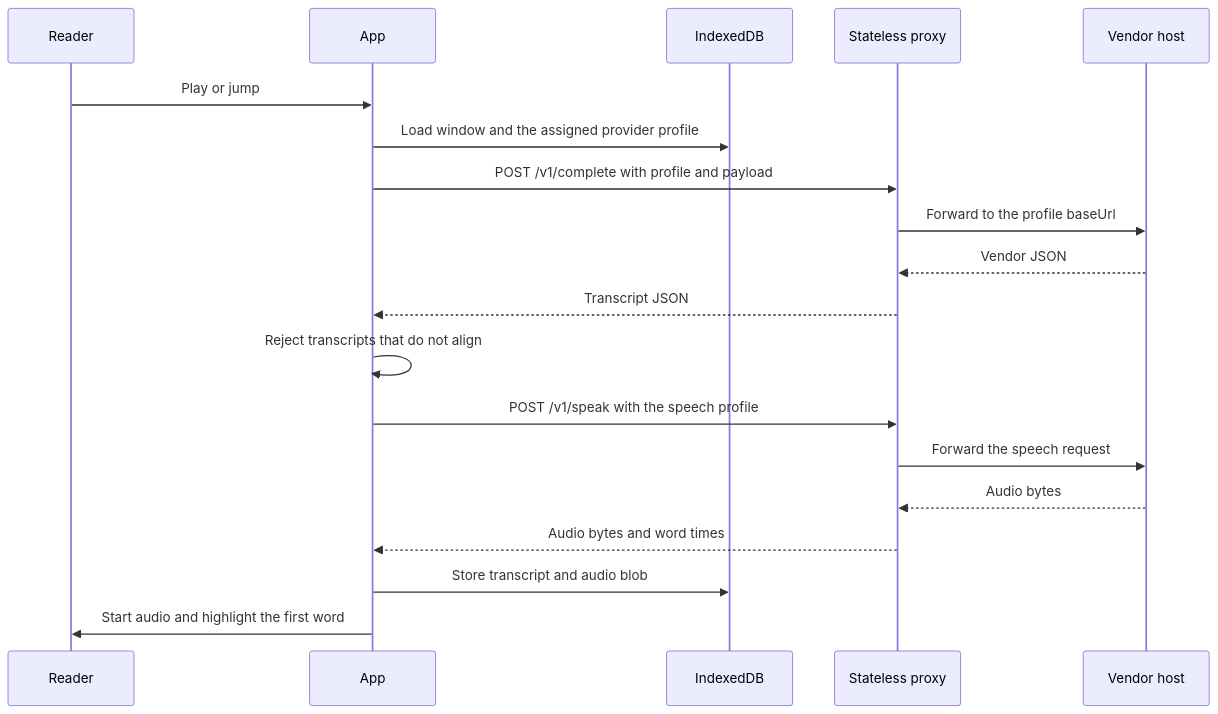
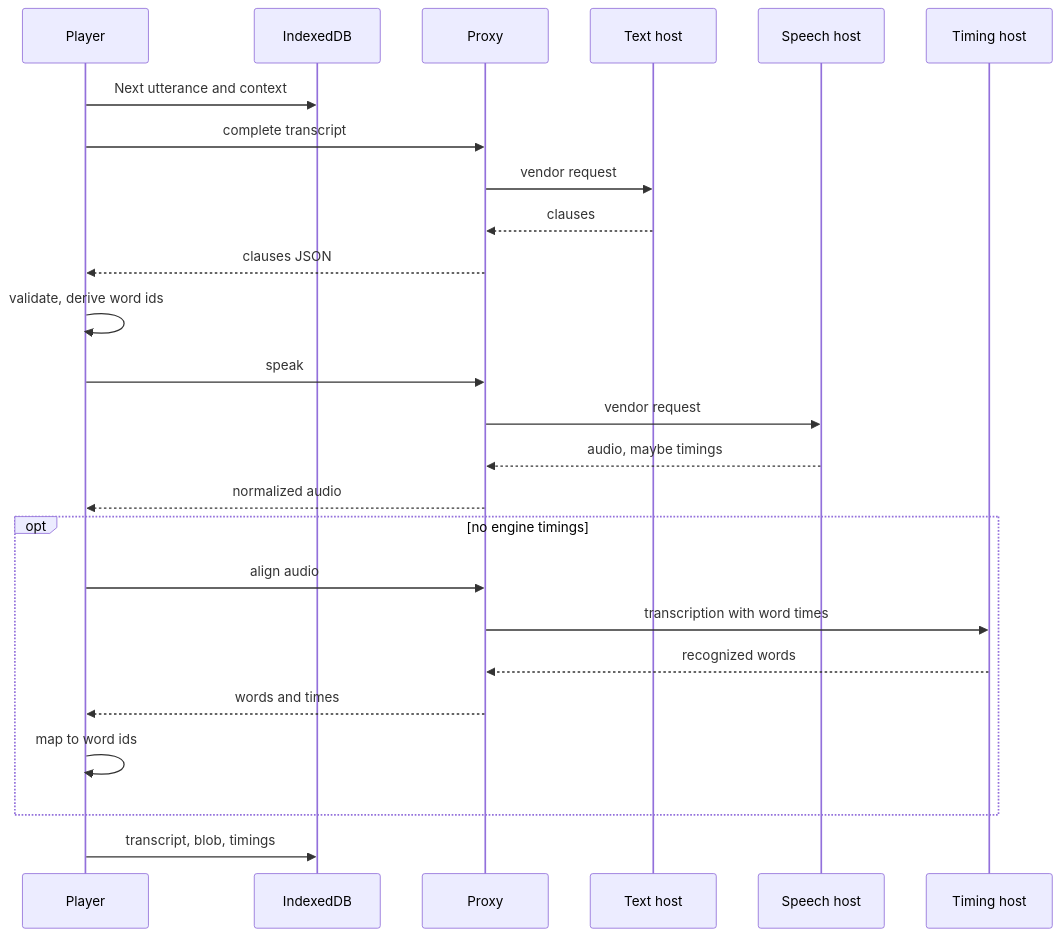
The fourth of 6 diagrams in specs/discussion/DESIGN.md (manishsharma004/open-book-reader), drawn with Mermaid before and after one commit. The commit also changed other lines of this file and 6 other files, not shown here.

````diff
--- a/specs/discussion/DESIGN.md
+++ b/specs/discussion/DESIGN.md
@@ -505,21 +377,27 @@
 ```mermaid
 sequenceDiagram
-  participant Reader
-  participant App
+  participant Player
   participant IDB as IndexedDB
-  participant Proxy as Stateless proxy
-  participant Vendor as Vendor host
-  Reader->>App: Play or jump
-  App->>IDB: Load window and the assigned provider profile
-  App->>Proxy: POST /v1/complete with profile and payload
-  Proxy->>Vendor: Forward to the profile baseUrl
-  Vendor-->>Proxy: Vendor JSON
-  Proxy-->>App: Transcript JSON
-  App->>App: Reject transcripts that do not align
-  App->>Proxy: POST /v1/speak with the speech profile
-  Proxy->>Vendor: Forward the speech request
-  Vendor-->>Proxy: Audio bytes
-  Proxy-->>App: Audio bytes and word times
-  App->>IDB: Store transcript and audio blob
-  App->>Reader: Start audio and highlight the first word
+  participant Proxy
+  participant Text as Text host
+  participant Voice as Speech host
+  participant Timing as Timing host
+  Player->>IDB: Next utterance and context
+  Player->>Proxy: complete transcript
+  Proxy->>Text: vendor request
+  Text-->>Proxy: clauses
+  Proxy-->>Player: clauses JSON
+  Player->>Player: validate, derive word ids
+  Player->>Proxy: speak
+  Proxy->>Voice: vendor request
+  Voice-->>Proxy: audio, maybe timings
+  Proxy-->>Player: normalized audio
+  opt no engine timings
+    Player->>Proxy: align audio
+    Proxy->>Timing: transcription with word times
+    Timing-->>Proxy: recognized words
+    Proxy-->>Player: words and times
+    Player->>Player: map to word ids
+  end
+  Player->>IDB: transcript, blob, timings
 ```
````
